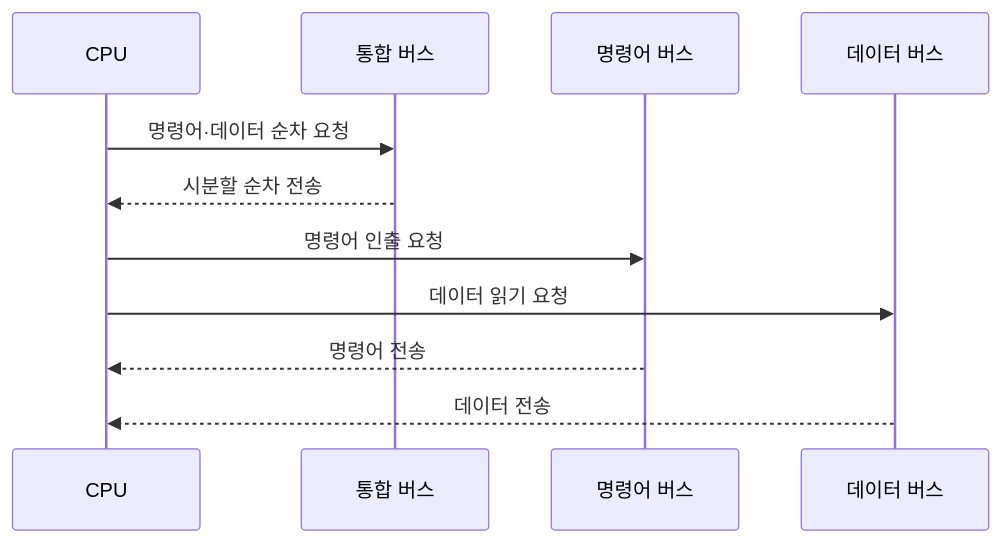
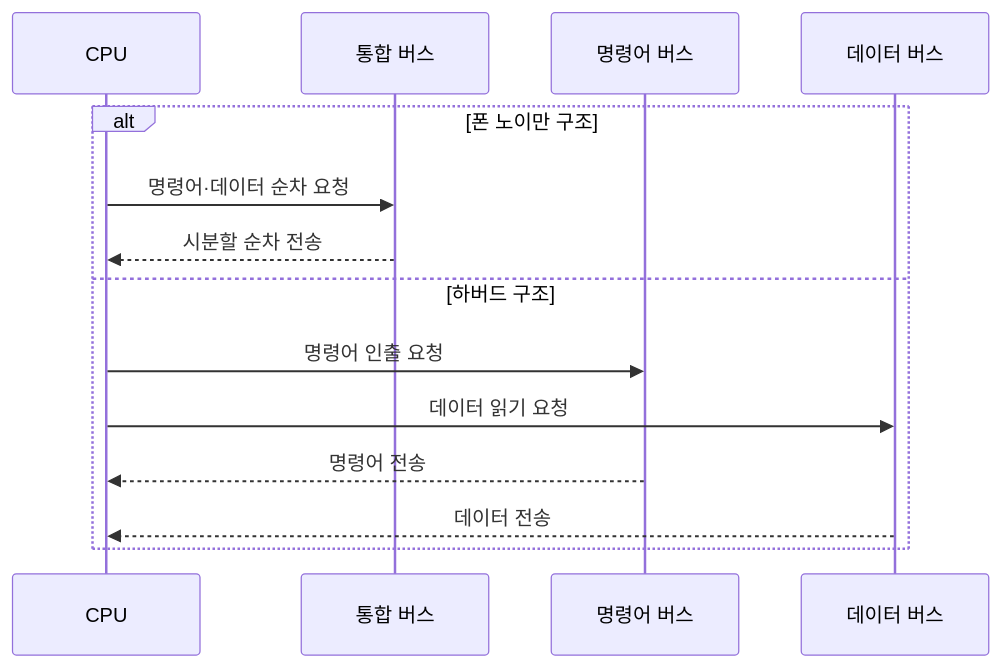
One commit to agnusdei1207/knowledge-base changed the second of 2 diagrams in src/content/docs/notes/02-hardware/001_von_neumann_vs_harvard.md. Above: the diagram before and after it, drawn with Mermaid. The commit also changed other lines of this file and 7 other files, not shown here.

````diff
--- a/src/content/docs/notes/02-hardware/001_von_neumann_vs_harvard.md
+++ b/src/content/docs/notes/02-hardware/001_von_neumann_vs_harvard.md
@@ -83,13 +83,16 @@
 ```mermaid
 sequenceDiagram
     participant C as CPU
     participant UB as 통합 버스
     participant IB as 명령어 버스
     participant DB as 데이터 버스
-    C->>UB: 명령어·데이터 순차 요청
-    UB-->>C: 시분할 순차 전송
-    C->>IB: 명령어 인출 요청
-    C->>DB: 데이터 읽기 요청
-    IB-->>C: 명령어 전송
-    DB-->>C: 데이터 전송
+    alt 폰 노이만 구조
+        C->>UB: 명령어·데이터 순차 요청
+        UB-->>C: 시분할 순차 전송
+    else 하버드 구조
+        C->>IB: 명령어 인출 요청
+        C->>DB: 데이터 읽기 요청
+        IB-->>C: 명령어 전송
+        DB-->>C: 데이터 전송
+    end
 ```
````
